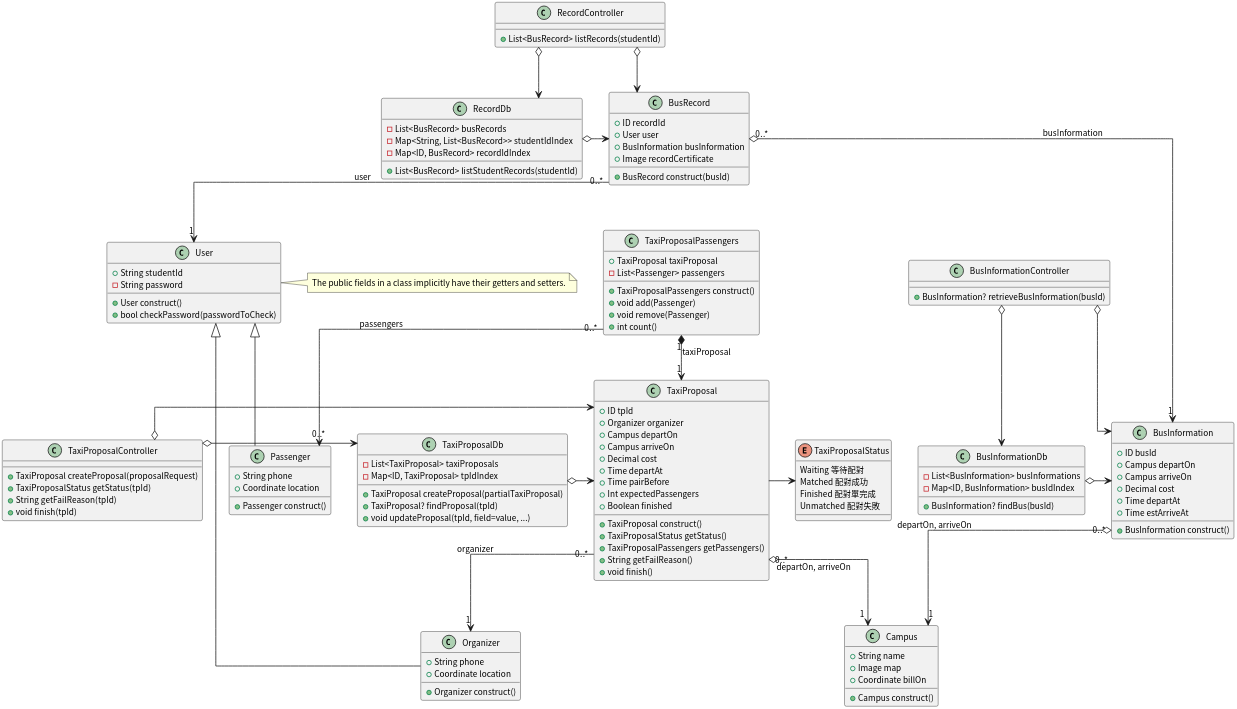
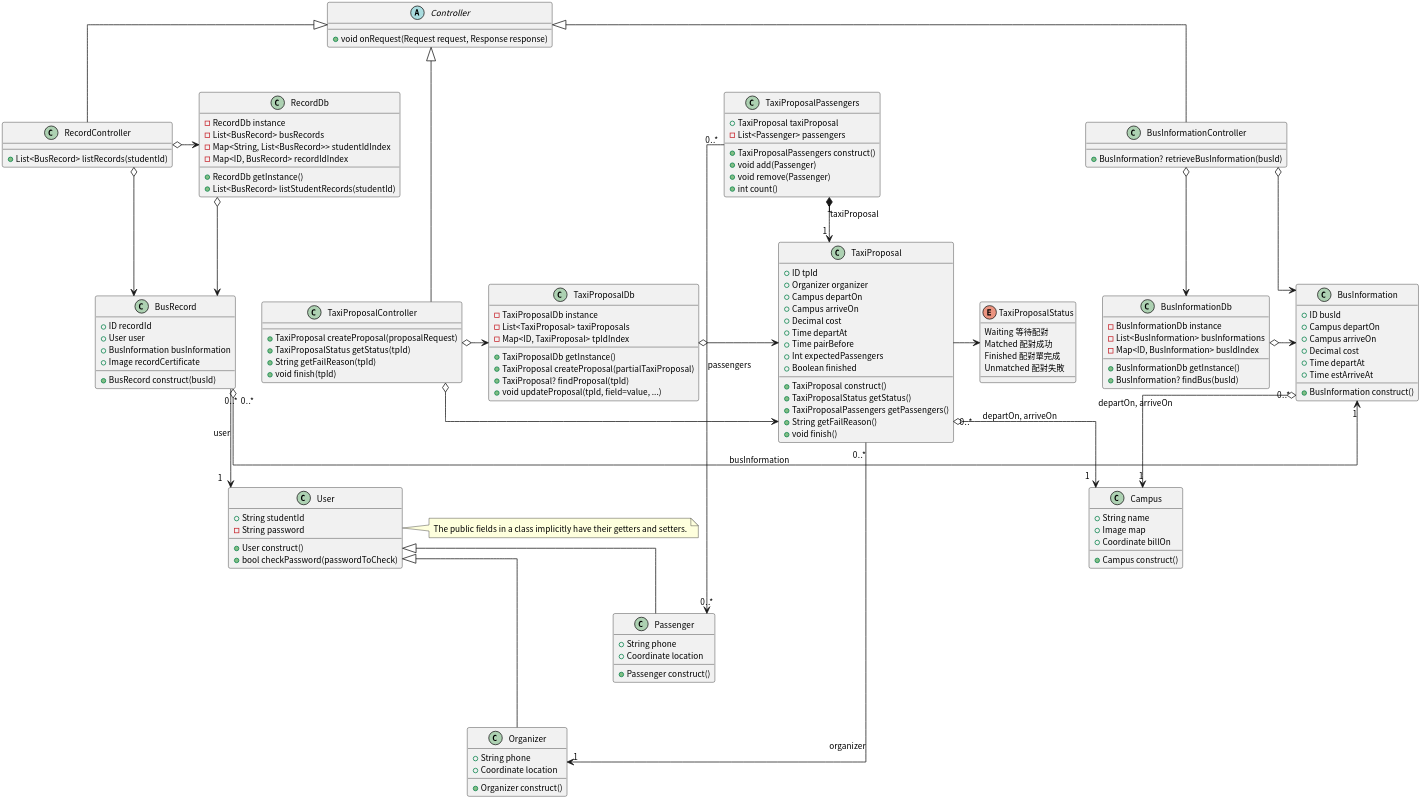
One commit to pan93412/nkust-homework changed the diagram in semester-4/system-analysis/class-diagram.plantuml. Above: the diagram before and after it, drawn with PlantUML.

Commit message:
s4: system-analysis: add singleton & template

```diff
--- a/semester-4/system-analysis/class-diagram.plantuml
+++ b/semester-4/system-analysis/class-diagram.plantuml
@@ -1,144 +1,157 @@
 @startuml ClassDiagram
 
 skinparam linetype ortho
 skinparam dpi 300
 skinparam defaultFontSize 11
 skinparam defaultFontName "Noto Sans CJK TC"
 
 
 class User {
     +String studentId
     -String password
     +User construct()
     +bool checkPassword(passwordToCheck)
 }
 
 note right: The public fields in a class implicitly have their getters and setters.
 
 class Passenger {
     +String phone
     +Coordinate location
     +Passenger construct()
 }
 User <|-- Passenger
 
 class Organizer {
     +String phone
     +Coordinate location
     +Organizer construct()
 }
 User <|--- Organizer
 
 class RecordController {
     +List<BusRecord> listRecords(studentId)
 }
 RecordController o--> BusRecord
 RecordController o-> RecordDb
 
 class RecordDb {
+    -RecordDb instance
     -List<BusRecord> busRecords
     -Map<String, List<BusRecord>> studentIdIndex
     -Map<ID, BusRecord> recordIdIndex
+    +RecordDb getInstance()
     +List<BusRecord> listStudentRecords(studentId)
 }
 RecordDb o-> BusRecord
 
 class BusRecord {
     +ID recordId
     +User user
     +BusInformation busInformation
     +Image recordCertificate
     +BusRecord construct(busId)
 }
 BusRecord "0..*" --> "1" User: user
 BusRecord "0..*" o-> "1" BusInformation: busInformation
 
 class BusInformationController {
     +BusInformation? retrieveBusInformation(busId)
 }
 BusInformationController o--> BusInformation
 BusInformationController o--> BusInformationDb
 
 class BusInformationDb {
+    -BusInformationDb instance
     -List<BusInformation> busInformations
     -Map<ID, BusInformation> busIdIndex
+    +BusInformationDb getInstance()
     +BusInformation? findBus(busId)
 }
 BusInformationDb o-> BusInformation
 
 class BusInformation {
     +ID busId
     +Campus departOn
     +Campus arriveOn
     +Decimal cost
     +Time departAt
     +Time estArriveAt
     +BusInformation construct()
 }
 BusInformation "0..*" o--> "1" Campus: departOn, arriveOn
 
 class Campus {
     +String name
     +Image map
     +Coordinate billOn
     +Campus construct()
 }
 
 class TaxiProposalPassengers {
     +TaxiProposal taxiProposal
     -List<Passenger> passengers
     +TaxiProposalPassengers construct()
     +void add(Passenger)
     +void remove(Passenger)
     +int count()
 }
 TaxiProposalPassengers "0..*" -> "0..*" Passenger: passengers
 TaxiProposalPassengers "1" *--> "1" TaxiProposal: taxiProposal
 
 class TaxiProposalController {
     +TaxiProposal createProposal(proposalRequest)
     +TaxiProposalStatus getStatus(tpId)
     +String getFailReason(tpId)
     +void finish(tpId)
 }
 TaxiProposalController o-> TaxiProposal
 TaxiProposalController o-> TaxiProposalDb
 
 class TaxiProposalDb {
+    -TaxiProposalDb instance
     -List<TaxiProposal> taxiProposals
     -Map<ID, TaxiProposal> tpIdIndex
+    +TaxiProposalDb getInstance()
     +TaxiProposal createProposal(partialTaxiProposal)
     +TaxiProposal? findProposal(tpId)
     +void updateProposal(tpId, field=value, ...)
 }
 TaxiProposalDb o-> TaxiProposal
 
 class TaxiProposal {
     +ID tpId
     +Organizer organizer
     +Campus departOn
     +Campus arriveOn
     +Decimal cost
     +Time departAt
     +Time pairBefore
     +Int expectedPassengers
     +Boolean finished
 
     +TaxiProposal construct()
     +TaxiProposalStatus getStatus()
     +TaxiProposalPassengers getPassengers()
     +String getFailReason()
     +void finish()
 }
 TaxiProposal "0..*" o--> "1" Campus: departOn, arriveOn
 TaxiProposal "0..*" --> "1" Organizer: organizer
 TaxiProposal -> TaxiProposalStatus
 
 enum TaxiProposalStatus {
     Waiting 等待配對
     Matched 配對成功
     Finished 配對單完成
     Unmatched 配對失敗
 }
 
+abstract class Controller {
+    +void onRequest(Request request, Response response)
+}
+Controller <|-- RecordController
+Controller <|-- BusInformationController
+Controller <|-- TaxiProposalController
+
 @enduml
```
